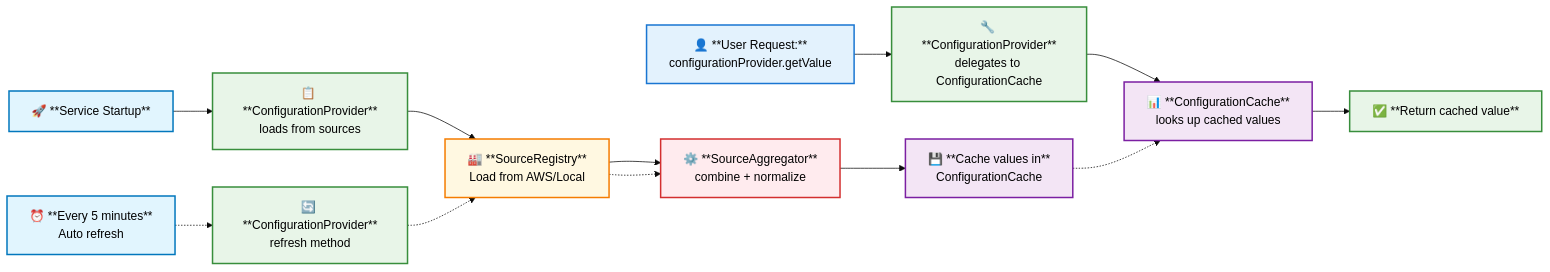
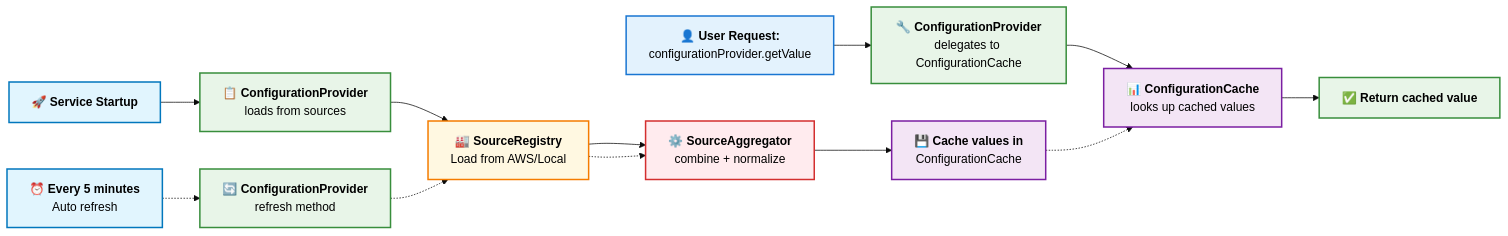
The third of 3 diagrams in docs/ADVANCED.md (otto-de/otto-config), drawn with Mermaid (base theme) before and after one commit. The commit also changed other lines of this file, not shown here.

Commit message:
enhance ADVANCED.md by updating diagram labels for improved clarity

````diff
--- a/docs/ADVANCED.md
+++ b/docs/ADVANCED.md
@@ -107,29 +107,29 @@
 ```mermaid
 flowchart LR
-    A[👤 **User Request:**<br/>configurationProvider.getValue] --> B[🔧 **ConfigurationProvider**<br/>delegates to ConfigurationCache]
-    B --> C[📊 **ConfigurationCache**<br/>looks up cached values]
-    C --> I[✅ **Return cached value**]
+    A[👤 <b>User Request:</b><br/>configurationProvider.getValue] --> B[🔧 <b>ConfigurationProvider</b><br/>delegates to ConfigurationCache]
+    B --> C[📊 <b>ConfigurationCache</b><br/>looks up cached values]
+    C --> I[✅ <b>Return cached value</b>]
     
-    D[🚀 **Service Startup**] --> E[📋 **ConfigurationProvider**<br/>loads from sources]
-    E --> F[🏭 **SourceRegistry**<br/>Load from AWS/Local]
-    F --> G[⚙️ **SourceAggregator**<br/>combine + normalize]
-    G --> H[💾 **Cache values in**<br/>ConfigurationCache]
+    D[🚀 <b>Service Startup</b>] --> E[📋 <b>ConfigurationProvider</b><br/>loads from sources]
+    E --> F[🏭 <b>SourceRegistry</b><br/>Load from AWS/Local]
+    F --> G[⚙️ <b>SourceAggregator</b><br/>combine + normalize]
+    G --> H[💾 <b>Cache values in</b><br/>ConfigurationCache]
     
-    J[⏰ **Every 5 minutes**<br/>Auto refresh] -.-> K[🔄 **ConfigurationProvider**<br/>refresh method]
+    J[⏰ <b>Every 5 minutes</b><br/>Auto refresh] -.-> K[🔄 <b>ConfigurationProvider</b><br/>refresh method]
     K -.-> F
     F -.-> G
     
     H -.-> C
     
     style A fill:#e3f2fd,stroke:#1976d2,stroke-width:2px,color:#000
     style B fill:#e8f5e8,stroke:#388e3c,stroke-width:2px,color:#000
     style C fill:#f3e5f5,stroke:#7b1fa2,stroke-width:2px,color:#000
     style D fill:#e1f5fe,stroke:#0277bd,stroke-width:2px,color:#000
     style E fill:#e8f5e8,stroke:#388e3c,stroke-width:2px,color:#000
     style F fill:#fff8e1,stroke:#f57c00,stroke-width:2px,color:#000
     style G fill:#ffebee,stroke:#d32f2f,stroke-width:2px,color:#000
     style H fill:#f3e5f5,stroke:#7b1fa2,stroke-width:2px,color:#000
     style I fill:#e8f5e8,stroke:#388e3c,stroke-width:2px,color:#000
     style J fill:#e1f5fe,stroke:#0277bd,stroke-width:2px,color:#000
     style K fill:#e8f5e8,stroke:#388e3c,stroke-width:2px,color:#000
 ```
````
